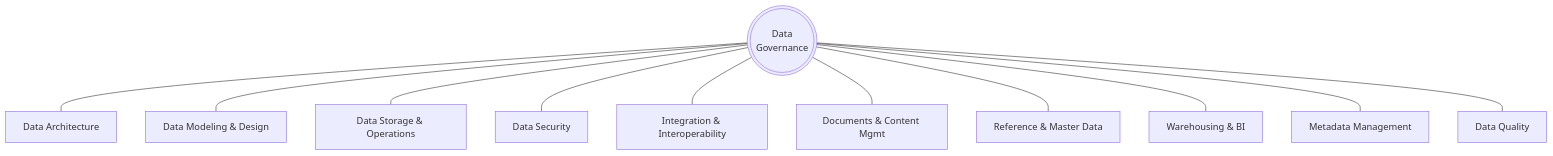
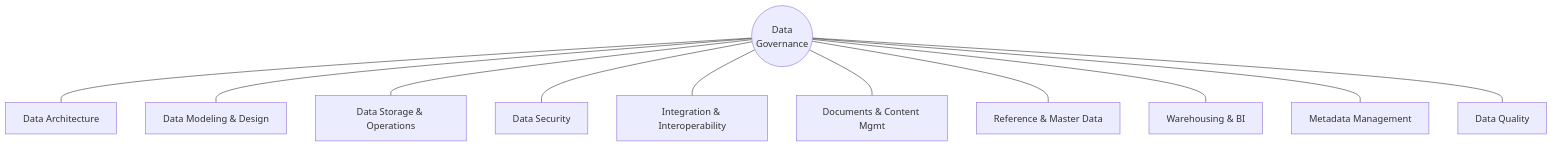
One commit to Sunparus/ai-native-product-ops changed the diagram in docs/domains/data-governance/dmbok-wheel.md. Above: the diagram before and after it, drawn with Mermaid. The commit also changed 11 other files, not shown here.

````diff
--- a/docs/domains/data-governance/dmbok-wheel.md
+++ b/docs/domains/data-governance/dmbok-wheel.md
@@ -11,14 +11,14 @@
 ```mermaid
 flowchart TB
-    GOV((("Data<br/>Governance")))
+    GOV(("Data<br/>Governance"))
     GOV --- ARCH[Data Architecture]
     GOV --- MODEL[Data Modeling & Design]
     GOV --- STORE[Data Storage & Operations]
     GOV --- SEC[Data Security]
     GOV --- INT[Integration & Interoperability]
     GOV --- CONTENT[Documents & Content Mgmt]
     GOV --- MASTER[Reference & Master Data]
     GOV --- BI[Warehousing & BI]
     GOV --- META[Metadata Management]
     GOV --- QUAL[Data Quality]
 ```
````
